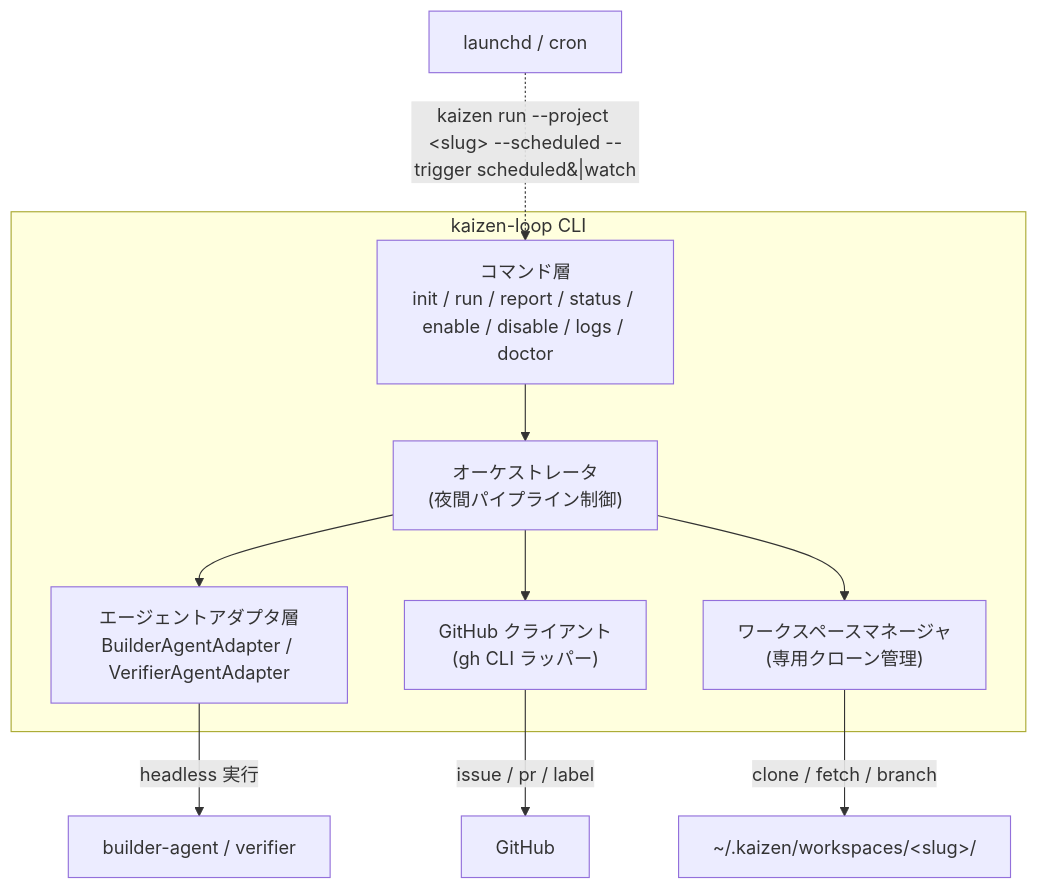
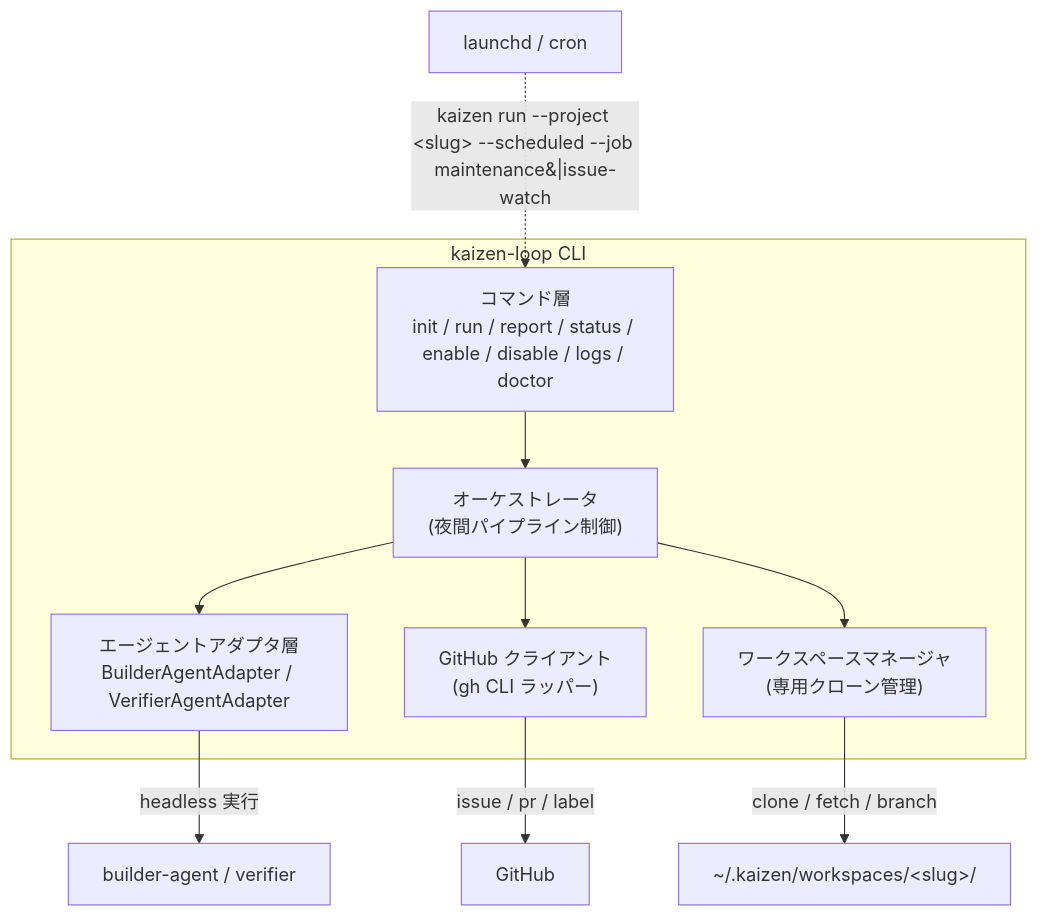
The diagram in docs/01-architecture.md (kaizen-agents-org/kaizen-loop), drawn with Mermaid before and after one commit. The commit also changed other lines of this file and 9 other files, not shown here.

````diff
--- a/docs/01-architecture.md
+++ b/docs/01-architecture.md
@@ -7,18 +7,18 @@
 ```mermaid
 flowchart TB
     subgraph cli["kaizen-loop CLI"]
         CMD["コマンド層<br/>init / run / report / status / enable / disable / logs / doctor"]
         ORCH["オーケストレータ<br/>(夜間パイプライン制御)"]
         ADAPT["エージェントアダプタ層<br/>BuilderAgentAdapter / VerifierAgentAdapter"]
         GHC["GitHub クライアント<br/>(gh CLI ラッパー)"]
         WSM["ワークスペースマネージャ<br/>(専用クローン管理)"]
     end
     CMD --> ORCH
     ORCH --> ADAPT
     ORCH --> GHC
     ORCH --> WSM
     ADAPT -->|"headless 実行"| EXT1["builder-agent / verifier"]
     GHC -->|"issue / pr / label"| EXT2["GitHub"]
     WSM -->|"clone / fetch / branch"| EXT3["~/.kaizen/workspaces/&lt;slug&gt;/"]
-    SCHED["launchd / cron"] -.->|"kaizen run --project &lt;slug&gt; --scheduled --trigger scheduled&#124;watch"| CMD
+    SCHED["launchd / cron"] -.->|"kaizen run --project &lt;slug&gt; --scheduled --job maintenance&#124;issue-watch"| CMD
 ```
````
